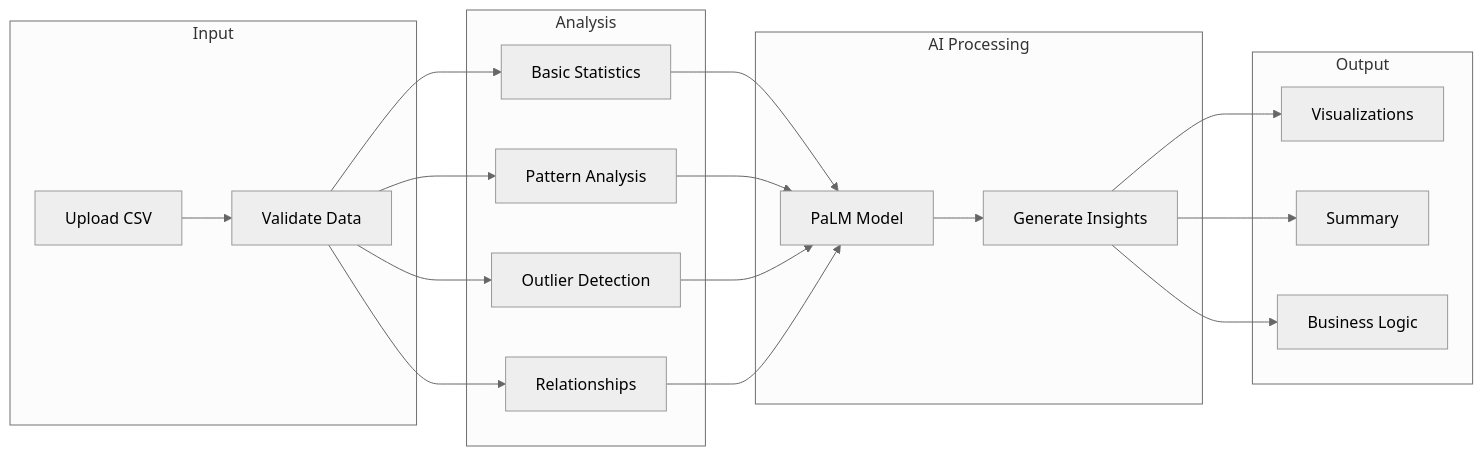
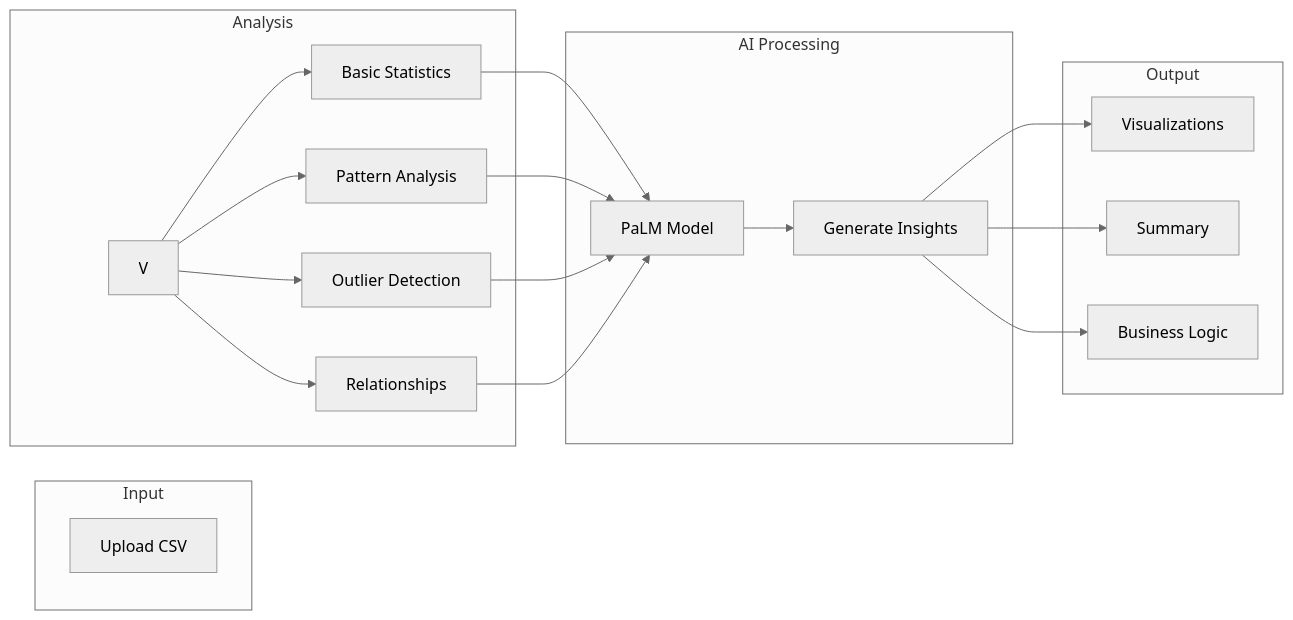
The third of 11 diagrams in presentation.md (nishant14763/datalens), drawn with Mermaid (neutral theme) before and after one commit.

Commit message:
Fix mermaid diagram by removing redundant line

````diff
--- a/presentation.md
+++ b/presentation.md
@@ -53,27 +53,27 @@
 ```mermaid
 graph LR
     subgraph Input
-        U[Upload CSV] --> V[Validate Data]
+        U[Upload CSV]
     end
     
     subgraph Analysis
         V --> B[Basic Statistics]
         V --> P[Pattern Analysis]
         V --> O[Outlier Detection]
         V --> R[Relationships]
     end
     
     subgraph AI Processing
         B --> AI[PaLM Model]
         P --> AI
         O --> AI
         R --> AI
         AI --> I[Generate Insights]
     end
     
     subgraph Output
         I --> VIZ[Visualizations]
         I --> S[Summary]
         I --> BL[Business Logic]
     end
 ```
````
